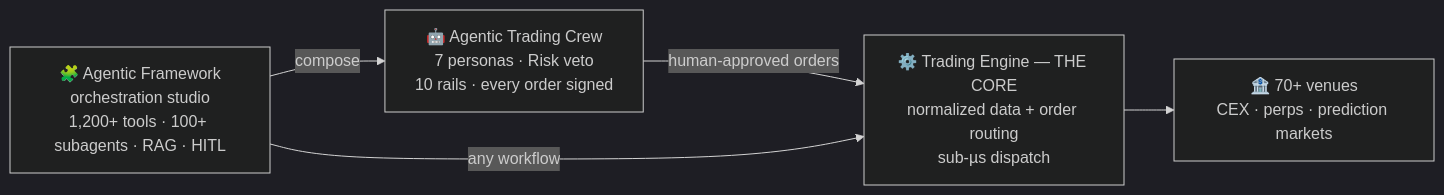
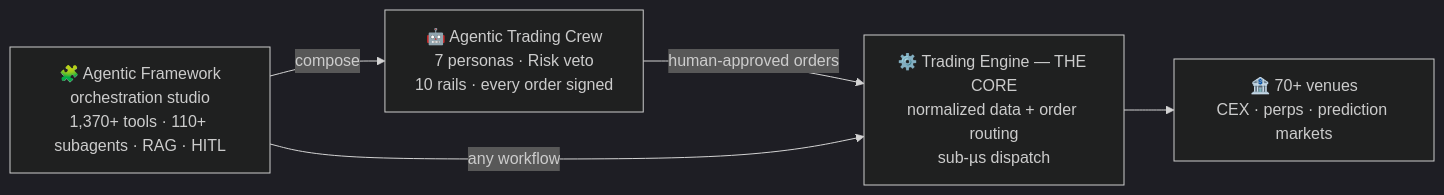
Before and after one commit to melaya-labs/melaya: the second of 2 diagrams in README.md, drawn with Mermaid (dark theme). The commit also changed other lines of this file and 23 other files, not shown here.

````diff
--- a/README.md
+++ b/README.md
@@ -50,11 +50,11 @@
 ```mermaid
 flowchart LR
-    F["🧩 Agentic Framework<br/>orchestration studio<br/>1,200+ tools · 100+ subagents · RAG · HITL"]
+    F["🧩 Agentic Framework<br/>orchestration studio<br/>1,370+ tools · 110+ subagents · RAG · HITL"]
     C["🤖 Agentic Trading Crew<br/>7 personas · Risk veto<br/>10 rails · every order signed"]
     E["⚙️ Trading Engine — THE CORE<br/>normalized data + order routing<br/>sub-µs dispatch"]
     V["🏦 70+ venues<br/>CEX · perps · prediction markets"]
     F -->|compose| C
     C -->|human-approved orders| E
     F -->|any workflow| E
     E --> V
 ```
````
